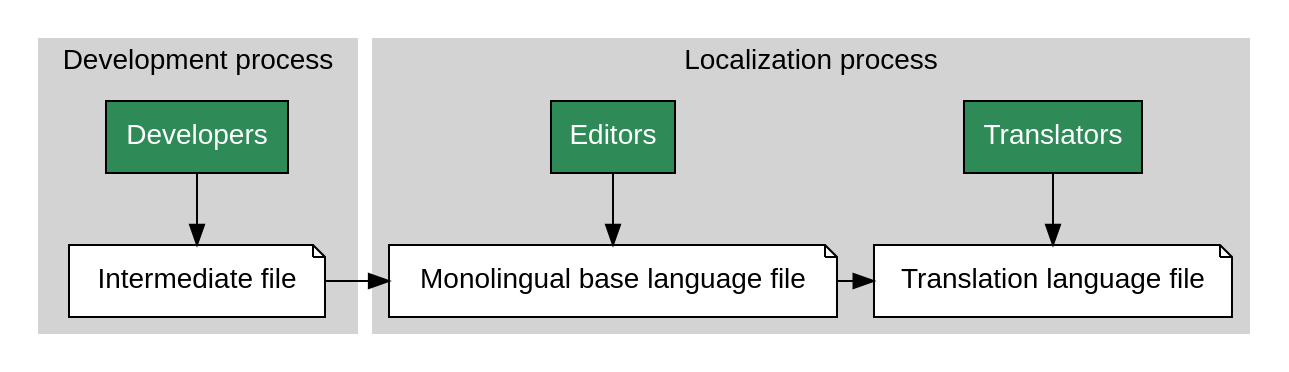
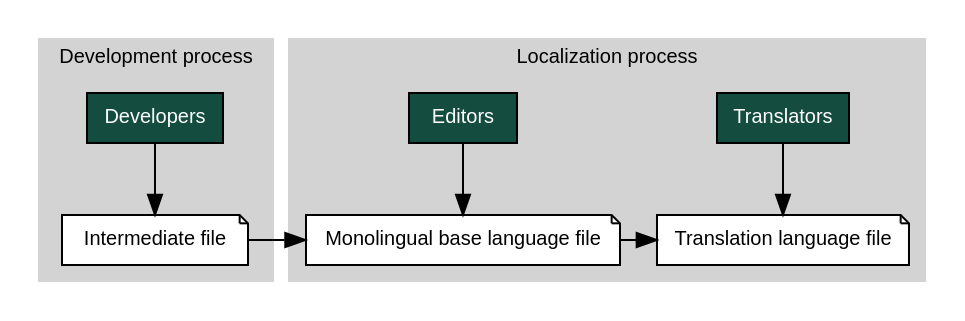
One commit to vendasta/weblate changed the diagram in docs/workflows.rst. Above: the diagram before and after it, drawn with Graphviz. The commit also changed other lines of this file and 2067 other files, not shown here.

```diff
--- a/docs/workflows.rst
+++ b/docs/workflows.rst
@@ -173,42 +186,36 @@
 .. graphviz::
 
     digraph translations {
-        graph [fontname = "sans-serif"];
-        node [fontname = "sans-serif"];
-        edge [fontname = "sans-serif"];
+        graph [fontname = "sans-serif", fontsize=10];
+        node [fontname = "sans-serif", fontsize=10, margin=0.1, height=0, style=filled, fillcolor=white, shape=note];
+        edge [fontname = "sans-serif", fontsize=10];
 
         subgraph cluster_dev {
             style=filled;
             color=lightgrey;
-            node [style=filled,fillcolor=white];
 
             label = "Development process";
 
-            "Developers" [shape=box, fillcolor=seagreen, fontcolor=white, style=filled];
+            "Developers" [shape=box, fillcolor="#144d3f", fontcolor=white];
             "Developers" -> "Intermediate file";
-            "Intermediate file" [shape=note];
         }
 
         subgraph cluster_l10n {
             style=filled;
             color=lightgrey;
-            node [style=filled,fillcolor=white];
 
             label = "Localization process";
 
-            "Translators" [shape=box, fillcolor=seagreen, fontcolor=white, style=filled];
-            "Editors" [shape=box, fillcolor=seagreen, fontcolor=white, style=filled];
-
-            "Monolingual base language file" [shape=note];
-            "Translation language file" [shape=note];
+            "Translators" [shape=box, fillcolor="#144d3f", fontcolor=white];
+            "Editors" [shape=box, fillcolor="#144d3f", fontcolor=white];
 
             "Editors" -> "Monolingual base language file";
             "Translators" -> "Translation language file";
         }
 
 
 
         "Intermediate file" -> "Monolingual base language file" [constraint=false];
         "Monolingual base language file" -> "Translation language file" [constraint=false];
 
     }
```
